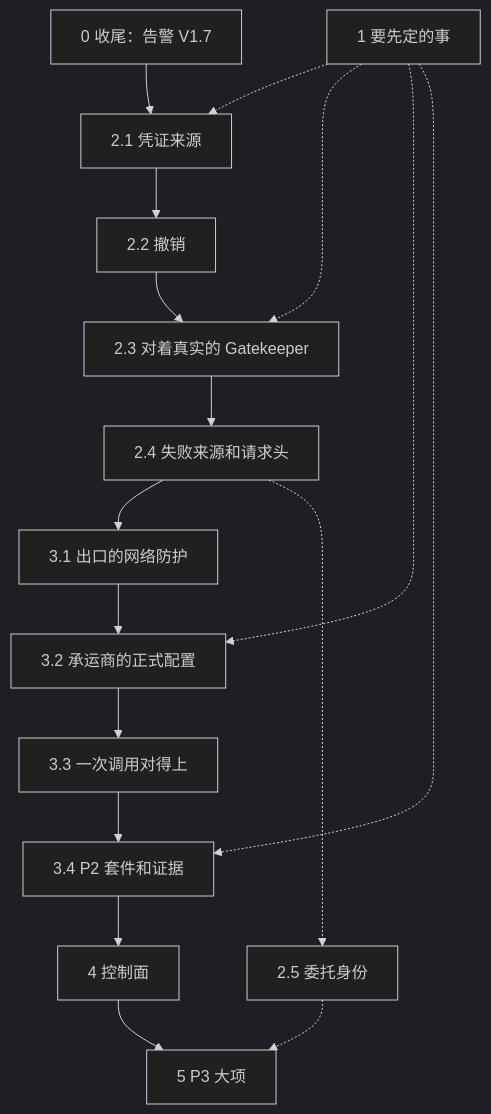
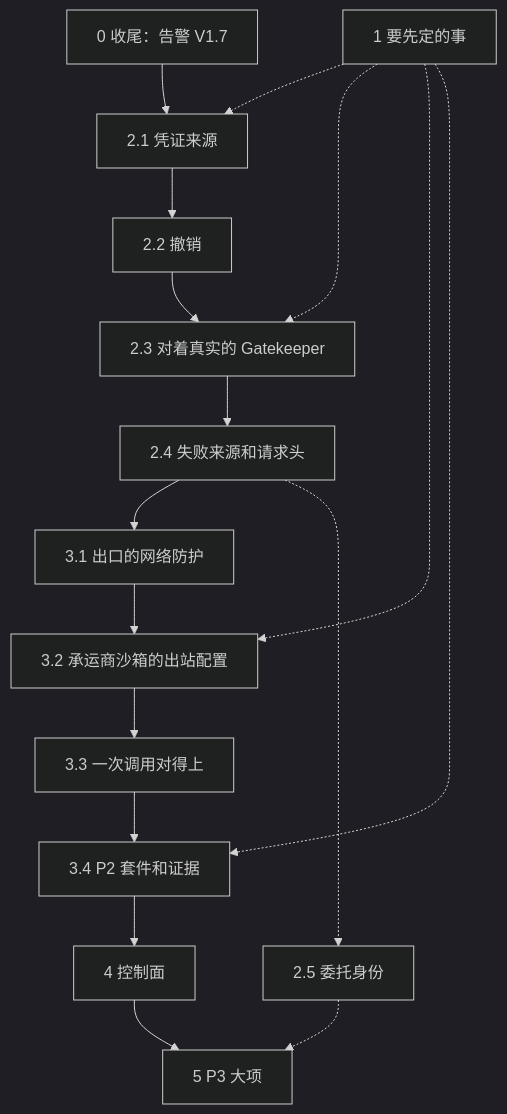
The diagram in docs/development-plan.md (idp-xyz/idp-gateway), drawn with Mermaid (dark theme) before and after one commit. The commit also changed other lines of this file and 4 other files, not shown here.

````diff
--- a/docs/development-plan.md
+++ b/docs/development-plan.md
@@ -22,19 +22,19 @@
 ```mermaid
 flowchart TD
   closeOut["0 收尾：告警 V1.7"] --> credSource["2.1 凭证来源"]
   credSource --> revocation["2.2 撤销"]
   revocation --> realGatekeeper["2.3 对着真实的 Gatekeeper"]
   realGatekeeper --> openItems["2.4 失败来源和请求头"]
   openItems --> egressGuard["3.1 出口的网络防护"]
-  egressGuard --> carrierConfig["3.2 承运商的正式配置"]
+  egressGuard --> carrierConfig["3.2 承运商沙箱的出站配置"]
   carrierConfig --> correlation["3.3 一次调用对得上"]
   correlation --> sandboxSuite["3.4 P2 套件和证据"]
   sandboxSuite --> controlPlane["4 控制面"]
   controlPlane --> productionCandidate["5 P3 大项"]
   decisions["1 要先定的事"] -.-> credSource
   decisions -.-> realGatekeeper
   decisions -.-> carrierConfig
   decisions -.-> sandboxSuite
   openItems -.-> delegated["2.5 委托身份"]
   delegated -.-> productionCandidate
 ```
````
